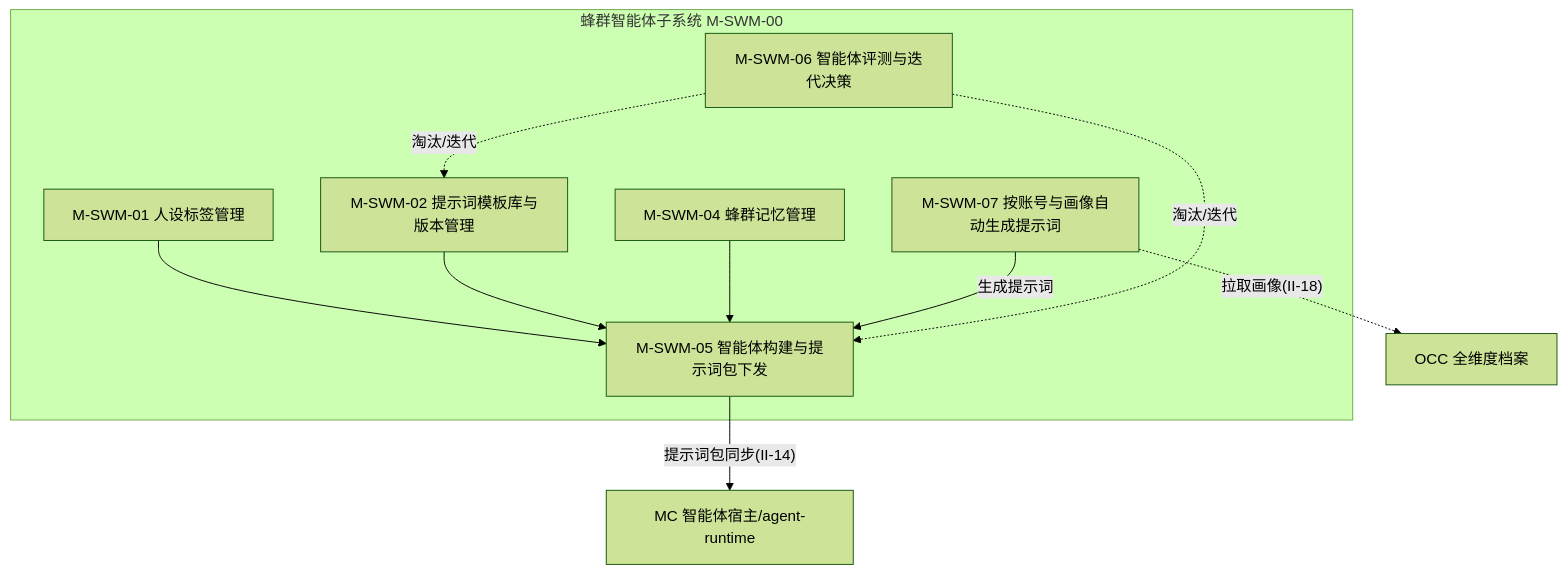
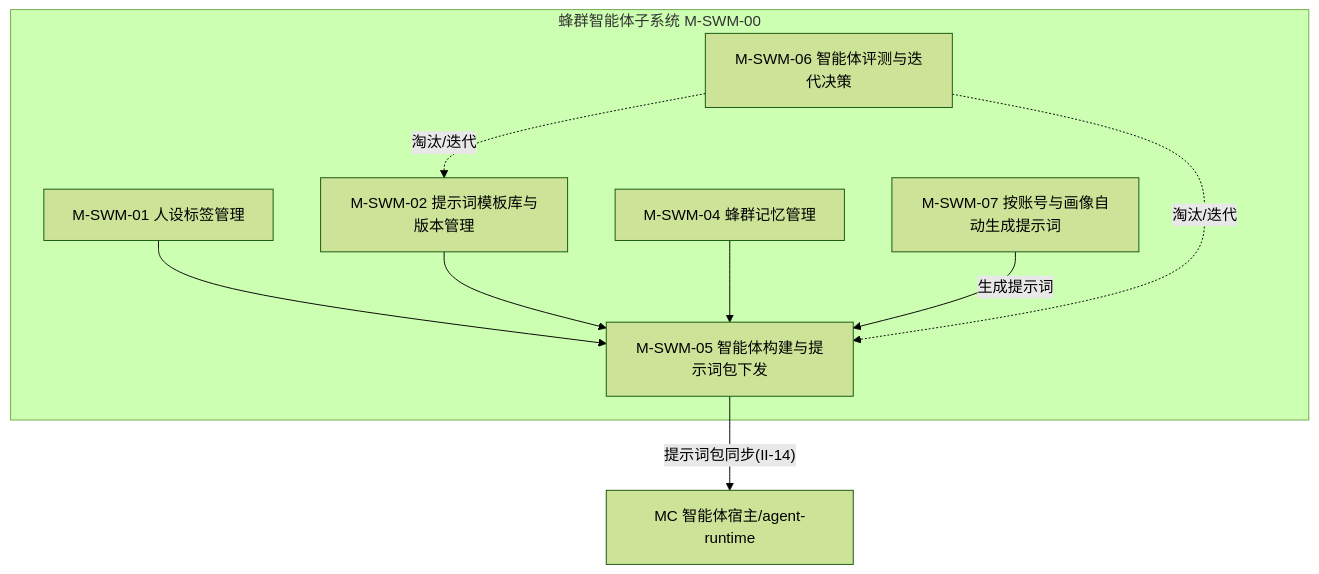
Before and after one commit to Sj-g/obsidian: diagram 13 of 14 in 公司项目/认知作战/文档/软件概要设计说明.md, drawn with Mermaid (forest theme). The commit also changed other lines of this file and 9 other files, not shown here.

````diff
--- a/公司项目/认知作战/文档/软件概要设计说明.md
+++ b/公司项目/认知作战/文档/软件概要设计说明.md
@@ -527,16 +527,15 @@
 ```mermaid
 flowchart TB
     subgraph SWM["蜂群智能体子系统 M-SWM-00"]
         SWM1["M-SWM-01 人设标签管理"]
         SWM2["M-SWM-02 提示词模板库与版本管理"]
         SWM4["M-SWM-04 蜂群记忆管理"]
         SWM5["M-SWM-05 智能体构建与提示词包下发"]
         SWM6["M-SWM-06 智能体评测与迭代决策"]
         SWM7["M-SWM-07 按账号与画像自动生成提示词"]
         SWM1 & SWM2 & SWM4 --> SWM5
         SWM7 -->|"生成提示词"| SWM5
         SWM6 -.->|"淘汰/迭代"| SWM2 & SWM5
     end
     SWM5 -->|"提示词包同步(II-14)"| MC14["MC 智能体宿主/agent-runtime"]
-    SWM7 -.->|"拉取画像(II-18)"| OCC["OCC 全维度档案"]
 ```
````
